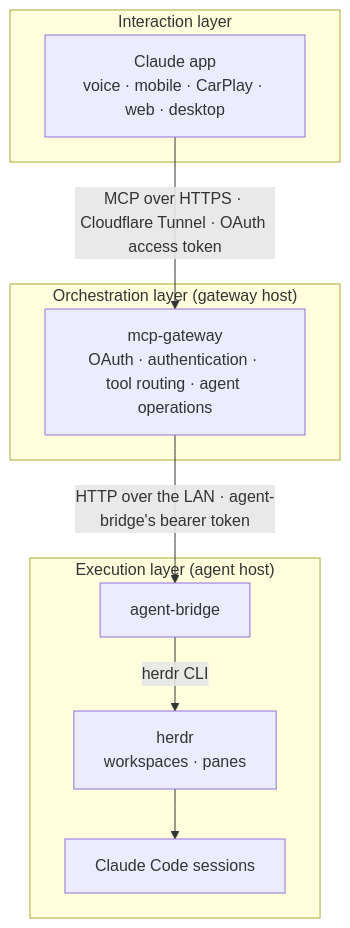
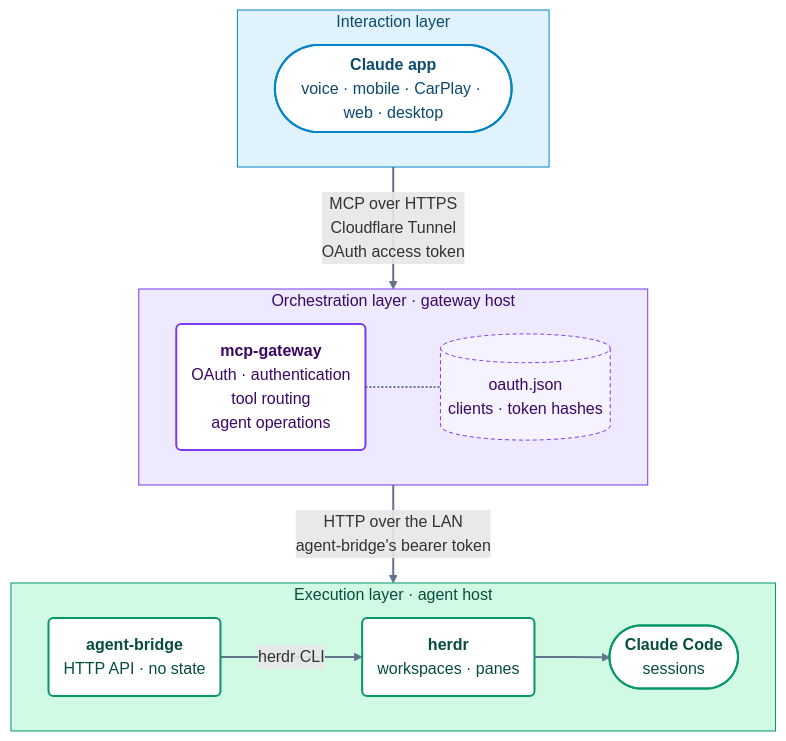
One commit to placheckij/claude-remote-mcp changed the diagram in ARCHITECTURE.md. Above: the diagram before and after it, drawn with Mermaid.

Commit message:
Style the architecture diagram
Each layer has its own colour, laid out left to right inside and stacked top to bottom, with oauth.json shown as the gateway's state. Fills and text colours are explicit, so it reads on GitHub's light and dark themes alike. Layers are linked to each other rather than through their boxes, since Mermaid ignores a subgraph's direction when its nodes link outside it; titles use non-breaking spaces so they don't wrap over the boxes.

````diff
--- a/ARCHITECTURE.md
+++ b/ARCHITECTURE.md
@@ -7,18 +7,39 @@
 ```mermaid
 flowchart TB
   subgraph interaction["Interaction layer"]
-    app["Claude app<br/>voice · mobile · CarPlay · web · desktop"]
+    direction LR
+    app(["<b>Claude app</b><br/>voice · mobile · CarPlay · web · desktop"])
   end
-  subgraph orchestration["Orchestration layer (gateway host)"]
-    gateway["mcp-gateway<br/>OAuth · authentication · tool routing · agent operations"]
+
+  subgraph orchestration["Orchestration#nbsp;layer#nbsp;·#nbsp;gateway#nbsp;host"]
+    direction LR
+    gateway("<b>mcp-gateway</b><br/>OAuth · authentication<br/>tool routing<br/>agent operations")
+    tokens[("oauth.json<br/>clients · token hashes")]
+    gateway -.- tokens
   end
-  subgraph execution["Execution layer (agent host)"]
-    bridge["agent-bridge"]
-    herdr["herdr<br/>workspaces · panes"]
-    sessions["Claude Code sessions"]
+
+  subgraph execution["Execution#nbsp;layer#nbsp;·#nbsp;agent#nbsp;host"]
+    direction LR
+    bridge("<b>agent-bridge</b><br/>HTTP API · no state")
+    herdr("<b>herdr</b><br/>workspaces · panes")
+    sessions(["<b>Claude Code</b><br/>sessions"])
+    bridge -- "herdr CLI" --> herdr --> sessions
   end
-  app -- "MCP over HTTPS · Cloudflare Tunnel · OAuth access token" --> gateway
-  gateway -- "HTTP over the LAN · agent-bridge's bearer token" --> bridge
-  bridge -- "herdr CLI" --> herdr
-  herdr --> sessions
+
+  %% Linking the layers, not the boxes in them, keeps each layer laid out left to right.
+  interaction == "MCP over HTTPS<br/>Cloudflare Tunnel<br/>OAuth access token" ==> orchestration
+  orchestration == "HTTP over the LAN<br/>agent-bridge's bearer token" ==> execution
+
+  classDef interactionNode fill:#ffffff,stroke:#0284c7,stroke-width:2px,color:#0c4a6e
+  classDef orchestrationNode fill:#ffffff,stroke:#7c3aed,stroke-width:2px,color:#3b0764
+  classDef executionNode fill:#ffffff,stroke:#059669,stroke-width:2px,color:#064e3b
+  classDef store fill:#f5f3ff,stroke:#7c3aed,stroke-width:1px,stroke-dasharray:4 3,color:#3b0764
+  class app interactionNode
+  class gateway orchestrationNode
+  class tokens store
+  class bridge,herdr,sessions executionNode
+  style interaction fill:#e0f2fe,stroke:#0284c7,stroke-width:1px,color:#0c4a6e
+  style orchestration fill:#ede9fe,stroke:#7c3aed,stroke-width:1px,color:#3b0764
+  style execution fill:#d1fae5,stroke:#059669,stroke-width:1px,color:#064e3b
+  linkStyle default stroke:#64748b,stroke-width:2px
 ```
````
